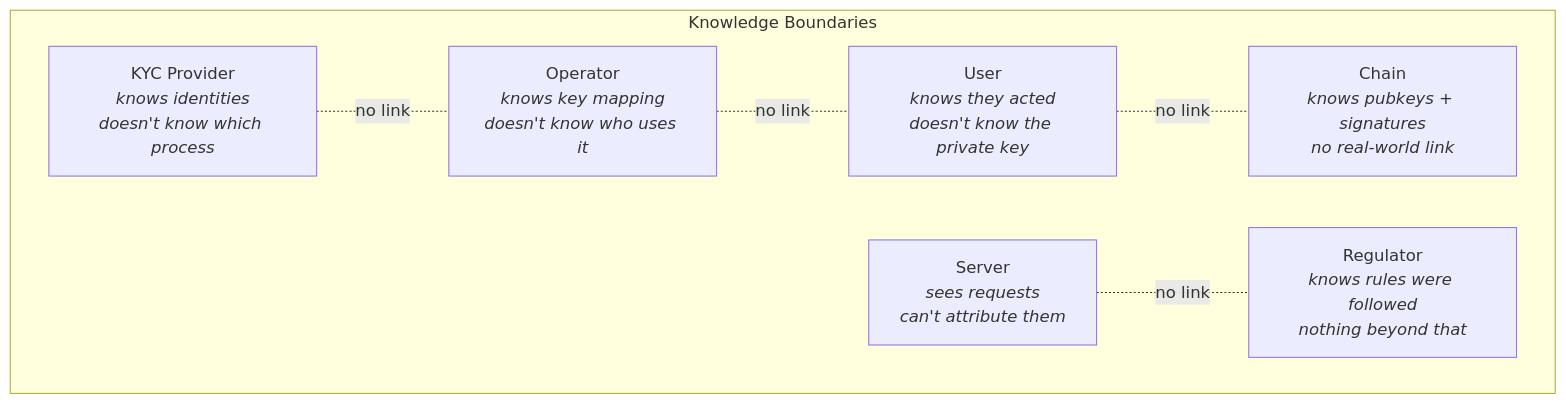
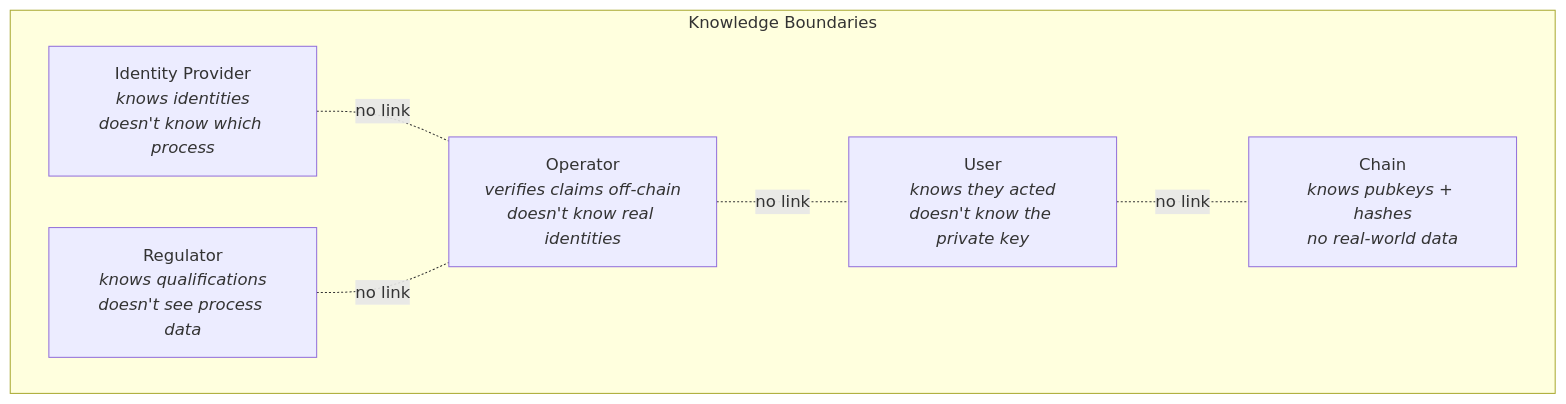
One commit to lambdasistemi/cardano-for-regulators changed diagram 19 of 20 in docs/framework/schema.md. Above: the diagram before and after it, drawn with Mermaid. The commit also changed other lines of this file and 8 other files, not shown here.

First line of the commit message:
Fix mermaid HTML labels and deploy on every push (#5)

````diff
--- a/docs/framework/schema.md
+++ b/docs/framework/schema.md
@@ -541,16 +767,15 @@
 ```mermaid
 graph TD
     subgraph Knowledge Boundaries
-        OP[Operator<br/><i>knows key mapping<br/>doesn't know who uses it</i>]
+        OP[Operator<br/><i>verifies claims off-chain<br/>doesn't know real identities</i>]
         U[User<br/><i>knows they acted<br/>doesn't know the private key</i>]
-        CH[Chain<br/><i>knows pubkeys + signatures<br/>no real-world link</i>]
-        SV[Server<br/><i>sees requests<br/>can't attribute them</i>]
-        KP[KYC Provider<br/><i>knows identities<br/>doesn't know which process</i>]
-        RG[Regulator<br/><i>knows rules were followed<br/>nothing beyond that</i>]
+        CH[Chain<br/><i>knows pubkeys + hashes<br/>no real-world data</i>]
+        KP[Identity Provider<br/><i>knows identities<br/>doesn't know which process</i>]
+        RG[Regulator<br/><i>knows qualifications<br/>doesn't see process data</i>]
     end
 
     OP -.-|no link| U
     U -.-|no link| CH
     KP -.-|no link| OP
-    SV -.-|no link| RG
+    RG -.-|no link| OP
 ```
````
